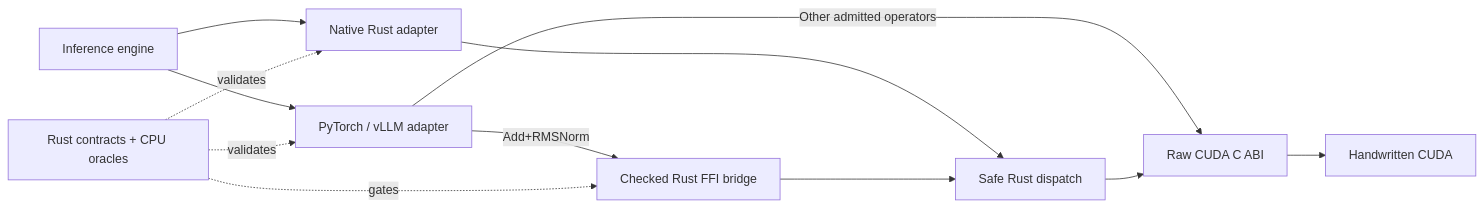
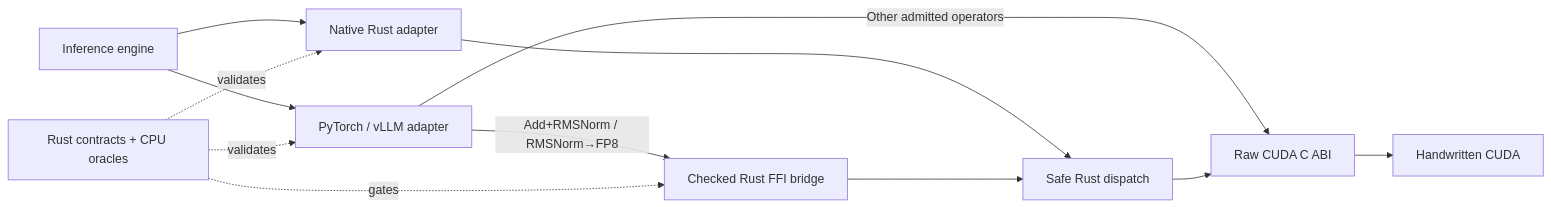
Before and after one commit to feichai0017/orbitkv: the diagram in README.md, drawn with Mermaid. The commit also changed other lines of this file and 13 other files, not shown here.

Commit message:
feat(runtime): route RMSNorm FP8 through Rust bridge

````diff
--- a/README.md
+++ b/README.md
@@ -57,14 +57,14 @@
 ```mermaid
 flowchart LR
     A["Inference engine"] --> N["Native Rust adapter"]
     A --> P["PyTorch / vLLM adapter"]
-    P -- "Add+RMSNorm" --> B["Checked Rust FFI bridge"]
+    P -- "Add+RMSNorm / RMSNorm→FP8" --> B["Checked Rust FFI bridge"]
     P -- "Other admitted operators" --> C["Raw CUDA C ABI"]
     N --> R["Safe Rust dispatch"]
     B --> R
     R --> C
     C --> D["Handwritten CUDA"]
     F["Rust contracts + CPU oracles"] -. validates .-> N
     F -. gates .-> B
     F -. validates .-> P
 ```
````
